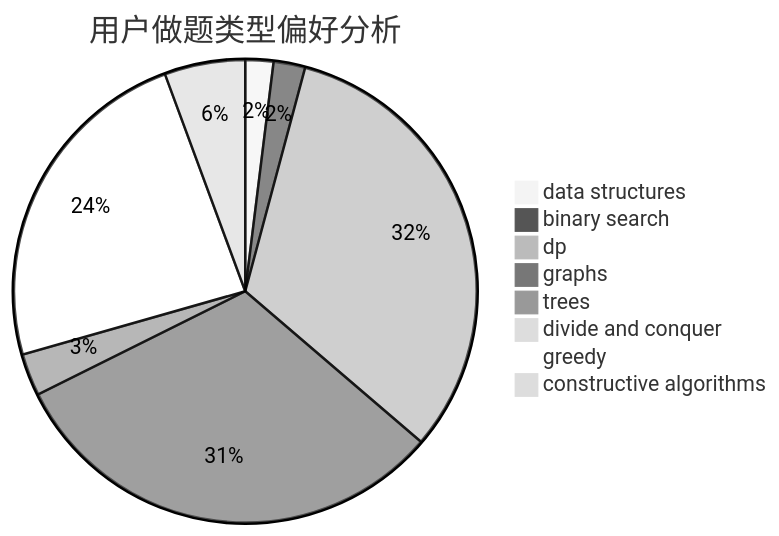
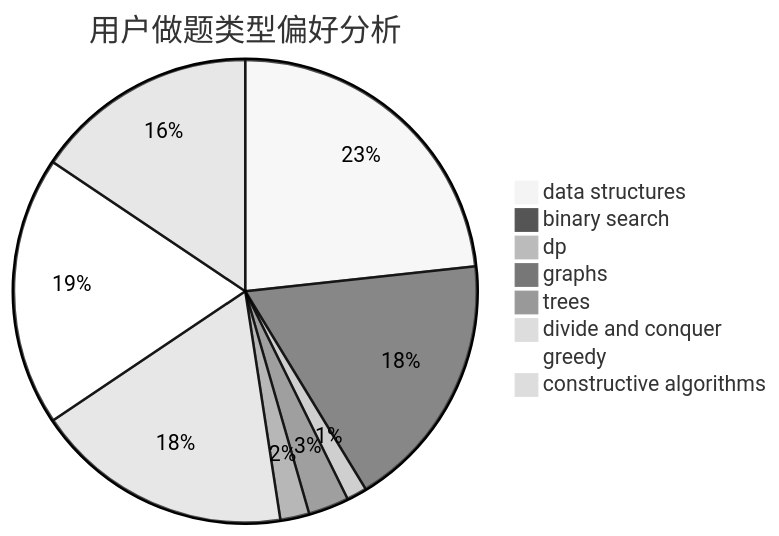
The second of 3 diagrams in docs/user/u2488.md (sherpahu/cfrs.github.io), drawn with Mermaid (neutral theme) before and after one commit. The commit also changed other lines of this file and 2770 other files, not shown here.

````diff
--- a/docs/user/u2488.md
+++ b/docs/user/u2488.md
@@ -23,11 +23,11 @@
 ```mermaid
 pie title 用户做题类型偏好分析
-    "data structures" :  8
-    "binary search" :  9
-    "dp" :  131
-    "graphs" :  128
-    "trees" :  12
-    "divide and conquer" :  0
-    "greedy" :  97
-    "constructive algorithms" :  23
+    "data structures" :  115
+    "binary search" :  89
+    "dp" :  7
+    "graphs" :  14
+    "trees" :  10
+    "divide and conquer" :  89
+    "greedy" :  93
+    "constructive algorithms" :  77
 ```
````
